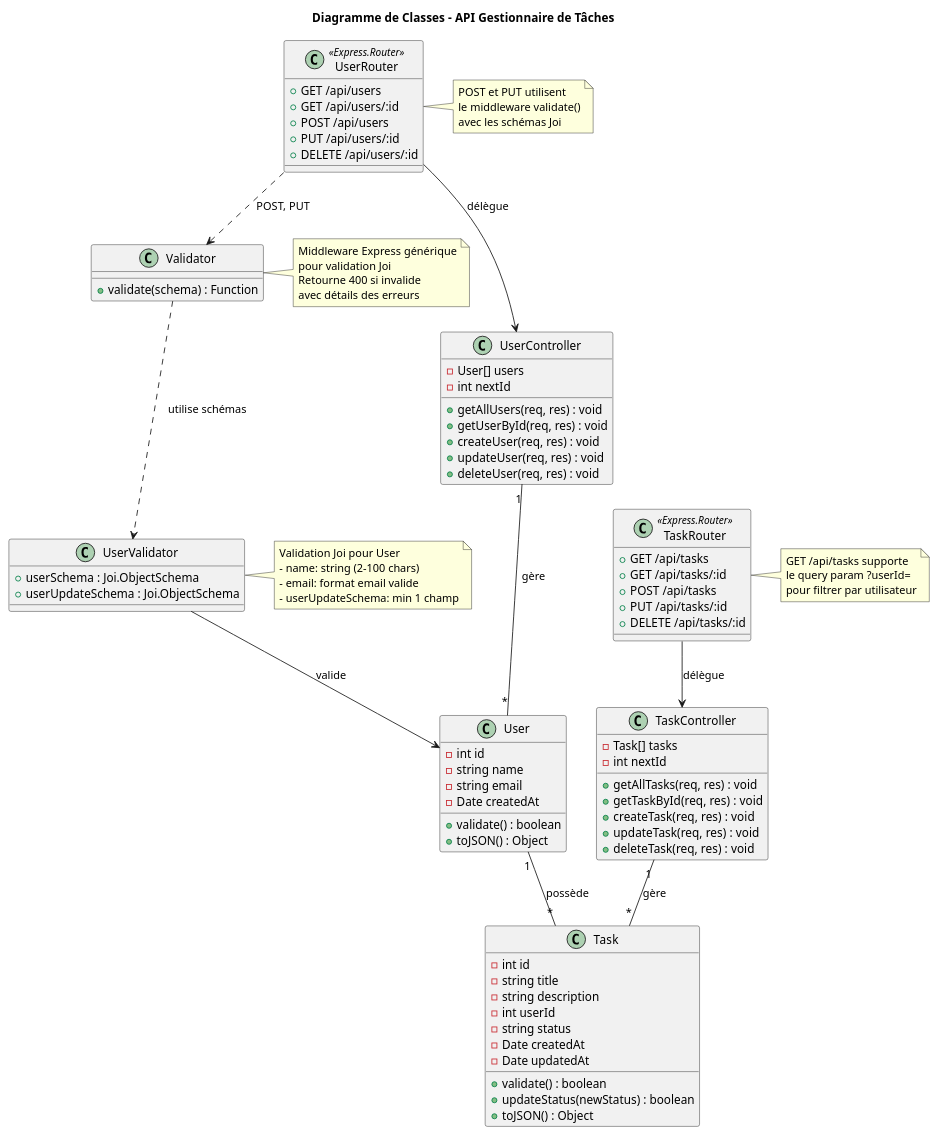
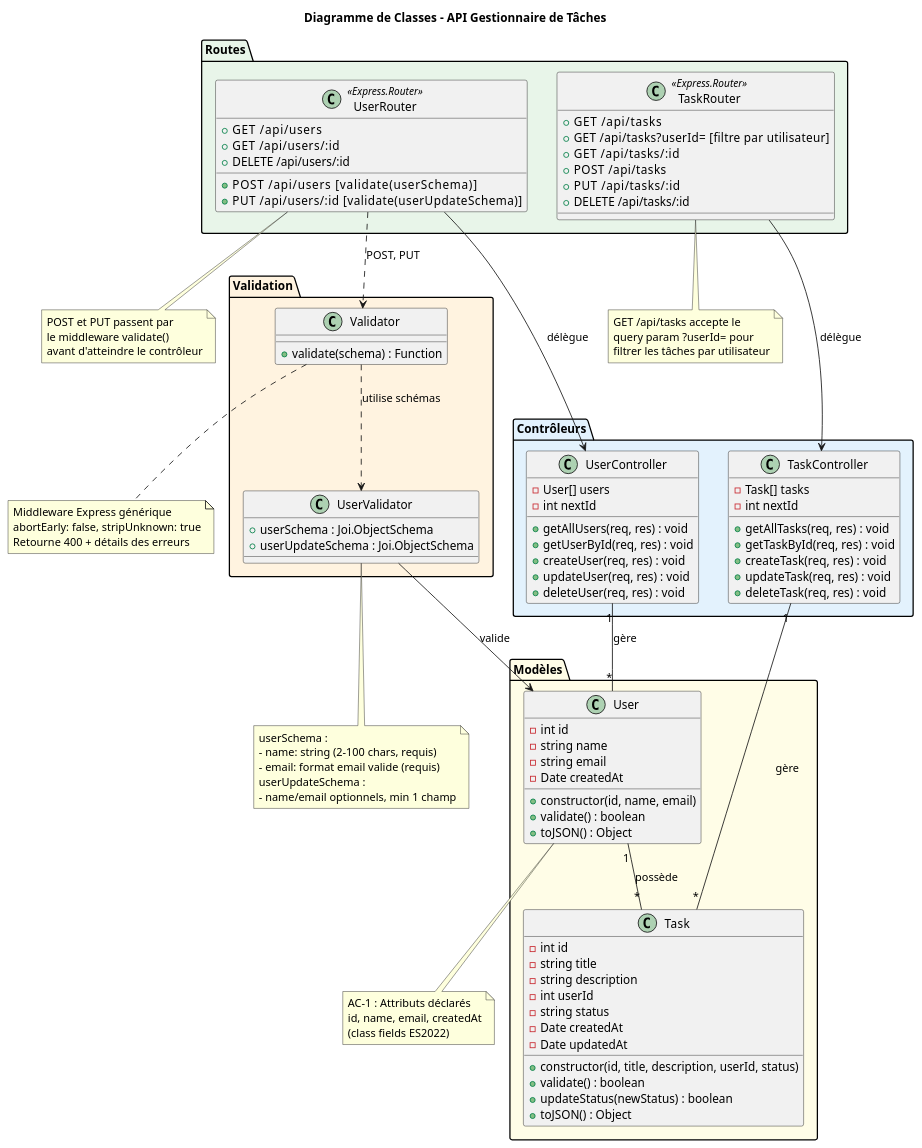
One commit to malek0501/DoneProject changed the diagram in diagramme/classes.puml. Above: the diagram before and after it, drawn with PlantUML. The commit also changed 2 other files, not shown here.

Commit message:
🔧 MUST-FIX :   1. [CRITICAL] Corriger l'échec de l'AC-1 : La classe User doit posséder les attributs id, name, email et createdAt.      📍 Classe User      💡 Ajouter les attributs manquants dans la classe User.   2. [HIGH] Mettre à jour les diagrammes UML pour refléter les modifications apportées à TaskRouter et UserRouter.      📍 Diagrammes UML      💡 Mettre à jour les diagrammes de classes et de séquence pour inclure les nouvelles méthodes et endpoints.

```diff
--- a/diagramme/classes.puml
+++ b/diagramme/classes.puml
@@ -1,105 +1,122 @@
 @startuml
 title Diagramme de Classes - API Gestionnaire de Tâches
 
-class User {
-    -int id
-    -string name
-    -string email
-    -Date createdAt
-    +validate() : boolean
-    +toJSON() : Object
+package "Modèles" #FFFDE7 {
+    class User {
+        -int id
+        -string name
+        -string email
+        -Date createdAt
+        +constructor(id, name, email)
+        +validate() : boolean
+        +toJSON() : Object
+    }
+
+    class Task {
+        -int id
+        -string title
+        -string description
+        -int userId
+        -string status
+        -Date createdAt
+        -Date updatedAt
+        +constructor(id, title, description, userId, status)
+        +validate() : boolean
+        +updateStatus(newStatus) : boolean
+        +toJSON() : Object
+    }
 }
 
-class Task {
-    -int id
-    -string title
-    -string description
-    -int userId
-    -string status
-    -Date createdAt
-    -Date updatedAt
-    +validate() : boolean
-    +updateStatus(newStatus) : boolean
-    +toJSON() : Object
+package "Contrôleurs" #E3F2FD {
+    class UserController {
+        -User[] users
+        -int nextId
+        +getAllUsers(req, res) : void
+        +getUserById(req, res) : void
+        +createUser(req, res) : void
+        +updateUser(req, res) : void
+        +deleteUser(req, res) : void
+    }
+
+    class TaskController {
+        -Task[] tasks
+        -int nextId
+        +getAllTasks(req, res) : void
+        +getTaskById(req, res) : void
+        +createTask(req, res) : void
+        +updateTask(req, res) : void
+        +deleteTask(req, res) : void
+    }
 }
 
-class UserController {
-    -User[] users
-    -int nextId
-    +getAllUsers(req, res) : void
-    +getUserById(req, res) : void
-    +createUser(req, res) : void
-    +updateUser(req, res) : void
-    +deleteUser(req, res) : void
+package "Routes" #E8F5E9 {
+    class UserRouter <<Express.Router>> {
+        +GET    /api/users
+        +GET    /api/users/:id
+        +POST   /api/users        [validate(userSchema)]
+        +PUT    /api/users/:id     [validate(userUpdateSchema)]
+        +DELETE /api/users/:id
+    }
+
+    class TaskRouter <<Express.Router>> {
+        +GET    /api/tasks
+        +GET    /api/tasks?userId=  [filtre par utilisateur]
+        +GET    /api/tasks/:id
+        +POST   /api/tasks
+        +PUT    /api/tasks/:id
+        +DELETE /api/tasks/:id
+    }
 }
 
-class TaskController {
-    -Task[] tasks
-    -int nextId
-    +getAllTasks(req, res) : void
-    +getTaskById(req, res) : void
-    +createTask(req, res) : void
-    +updateTask(req, res) : void
-    +deleteTask(req, res) : void
+package "Validation" #FFF3E0 {
+    class UserValidator {
+        +userSchema : Joi.ObjectSchema
+        +userUpdateSchema : Joi.ObjectSchema
+    }
+
+    class Validator {
+        +validate(schema) : Function
+    }
 }
 
-class UserRouter <<Express.Router>> {
-    +GET /api/users
-    +GET /api/users/:id
-    +POST /api/users
-    +PUT /api/users/:id
-    +DELETE /api/users/:id
-}
-
-class TaskRouter <<Express.Router>> {
-    +GET /api/tasks
-    +GET /api/tasks/:id
-    +POST /api/tasks
-    +PUT /api/tasks/:id
-    +DELETE /api/tasks/:id
-}
-
-class UserValidator {
-    +userSchema : Joi.ObjectSchema
-    +userUpdateSchema : Joi.ObjectSchema
-}
-
-class Validator {
-    +validate(schema) : Function
-}
-
-note right of UserRouter
-  POST et PUT utilisent
-  le middleware validate()
-  avec les schémas Joi
+note bottom of User
+  AC-1 : Attributs déclarés
+  id, name, email, createdAt
+  (class fields ES2022)
 end note
 
-note right of TaskRouter
-  GET /api/tasks supporte
-  le query param ?userId=
-  pour filtrer par utilisateur
+note bottom of UserRouter
+  POST et PUT passent par
+  le middleware validate()
+  avant d'atteindre le contrôleur
 end note
 
-note right of UserValidator
-  Validation Joi pour User
-  - name: string (2-100 chars)
-  - email: format email valide
-  - userUpdateSchema: min 1 champ
+note bottom of TaskRouter
+  GET /api/tasks accepte le
+  query param ?userId= pour
+  filtrer les tâches par utilisateur
 end note
 
-note right of Validator
+note bottom of UserValidator
+  userSchema :
+  - name: string (2-100 chars, requis)
+  - email: format email valide (requis)
+  userUpdateSchema :
+  - name/email optionnels, min 1 champ
+end note
+
+note bottom of Validator
   Middleware Express générique
-  pour validation Joi
-  Retourne 400 si invalide
-  avec détails des erreurs
+  abortEarly: false, stripUnknown: true
+  Retourne 400 + détails des erreurs
 end note
 
 User "1" -- "*" Task : possède
 UserController "1" -- "*" User : gère
 TaskController "1" -- "*" Task : gère
 UserRouter --> UserController : délègue
 TaskRouter --> TaskController : délègue
 UserRouter ..> Validator : POST, PUT
 Validator ..> UserValidator : utilise schémas
 UserValidator --> User : valide
 @enduml
```
